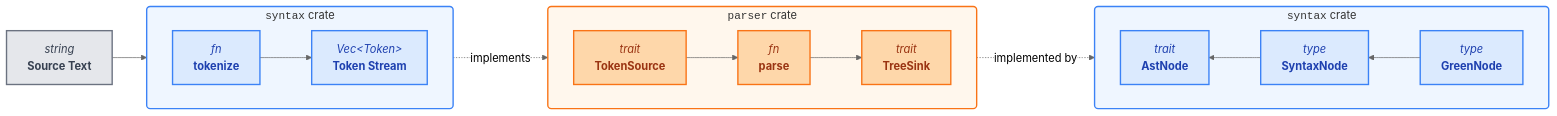
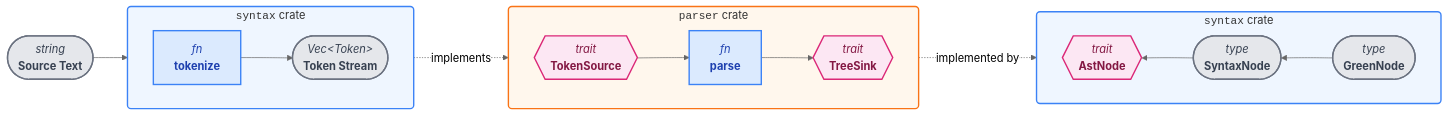
The diagram in doc/src/research/resources/rust-analyzer/syntax_tree_and_parser.md (hdnax/dboxide), drawn with Mermaid before and after one commit.

Commit message:
chore: clearer formatting of mermaid diagram

````diff
--- a/doc/src/research/resources/rust-analyzer/syntax_tree_and_parser.md
+++ b/doc/src/research/resources/rust-analyzer/syntax_tree_and_parser.md
@@ -502,53 +502,54 @@
 ```mermaid
 %%{init: {'theme':'neutral', 'themeVariables': {'fontSize':'16px'}}}%%
 flowchart LR
-    A["<i>string</i><br/><b>Source Text</b>"]
+    A(["<i>string</i><br/><b>Source Text</b>"])
 
     subgraph top["<code>syntax</code> crate"]
         direction LR
         B["<i>fn</i><br/><b>tokenize</b>"]
-        C["<i>Vec&lt;Token&gt;</i><br/><b>Token Stream</b>"]
+        C(["<i>Vec&lt;Token&gt;</i><br/><b>Token Stream</b>"])
         B --> C
     end
 
     subgraph P["<code>parser</code> crate"]
         direction LR
-        D["<i>trait</i><br/><b>TokenSource</b>"]
+        D{{"<i>trait</i><br/><b>TokenSource</b>"}}
         E["<i>fn</i><br/><b>parse</b>"]
-        F["<i>trait</i><br/><b>TreeSink</b>"]
+        F{{"<i>trait</i><br/><b>TreeSink</b>"}}
         D --> E --> F
     end
 
     subgraph bottom["<code>syntax</code> crate"]
         direction RL
-        I["<i>trait</i><br/><b>AstNode</b>"]
-        H["<i>type</i><br/><b>SyntaxNode</b>"]
-        G["<i>type</i><br/><b>GreenNode</b>"]
+        I{{"<i>trait</i><br/><b>AstNode</b>"}}
+        H(["<i>type</i><br/><b>SyntaxNode</b>"])
+        G(["<i>type</i><br/><b>GreenNode</b>"])
         G --> H --> I
     end
 
     A --> B
     C -.->|implements| D
     F -.->|implemented by| G
 
     click B "https://github.com/rust-lang/rust-analyzer/blob/cf5bdf464cad7ceb9a67e07985a3f4d3799ec0b6/crates/ra_syntax/src/parsing/lexer.rs#L30-L92" "View tokenize function"
     click C "https://github.com/rust-lang/rust-analyzer/blob/cf5bdf464cad7ceb9a67e07985a3f4d3799ec0b6/crates/ra_syntax/src/parsing/lexer.rs#L9-L15" "View Token struct"
     click D "https://github.com/rust-lang/rust-analyzer/blob/cf5bdf464cad7ceb9a67e07985a3f4d3799ec0b6/crates/ra_parser/src/lib.rs#L30-L44" "View TokenSource trait"
     click E "https://github.com/rust-lang/rust-analyzer/blob/cf5bdf464cad7ceb9a67e07985a3f4d3799ec0b6/crates/ra_parser/src/lib.rs#L81-L84" "View parse function"
     click F "https://github.com/rust-lang/rust-analyzer/blob/cf5bdf464cad7ceb9a67e07985a3f4d3799ec0b6/crates/ra_parser/src/lib.rs#L56-L69" "View TreeSink trait"
     click G "https://github.com/rust-lang/rust-analyzer/blob/cf5bdf464cad7ceb9a67e07985a3f4d3799ec0b6/crates/ra_syntax/src/syntax_node.rs#L10-L10" "View GreenNode type"
     click H "https://github.com/rust-lang/rust-analyzer/blob/cf5bdf464cad7ceb9a67e07985a3f4d3799ec0b6/crates/ra_syntax/src/syntax_node.rs#L33-L34" "View SyntaxNode type alias"
     click I "https://github.com/rust-lang/rust-analyzer/blob/cf5bdf464cad7ceb9a67e07985a3f4d3799ec0b6/crates/ra_syntax/src/ast.rs#L31-L42" "View AstNode trait"
 
     classDef syntaxNode fill:#dbeafe,stroke:#3b82f6,stroke-width:2px,color:#1e40af
     classDef parserNode fill:#fed7aa,stroke:#f97316,stroke-width:2px,color:#9a3412
-    classDef inputNode fill:#e5e7eb,stroke:#6b7280,stroke-width:2px,color:#374151
+    classDef dataNode fill:#e5e7eb,stroke:#6b7280,stroke-width:2px,color:#374151
+    classDef traitNode fill:#fce7f3,stroke:#db2777,stroke-width:2px,color:#831843
 
-    class B,C,G,H,I syntaxNode
-    class D,E,F parserNode
-    class A inputNode
+    class B,E syntaxNode
+    class A,C,G,H dataNode
+    class D,F,I traitNode
 
     style top fill:#eff6ff,stroke:#3b82f6,stroke-width:2px,rx:5
     style bottom fill:#eff6ff,stroke:#3b82f6,stroke-width:2px,rx:5
     style P fill:#fff7ed,stroke:#f97316,stroke-width:2px,rx:5
 ```
````
